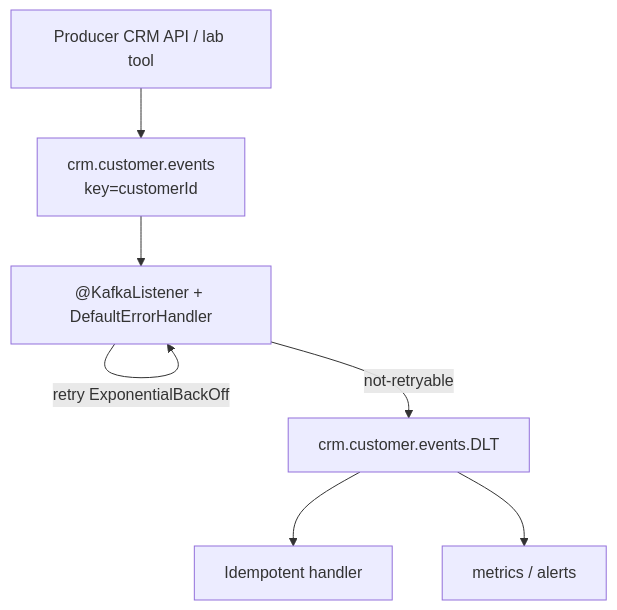
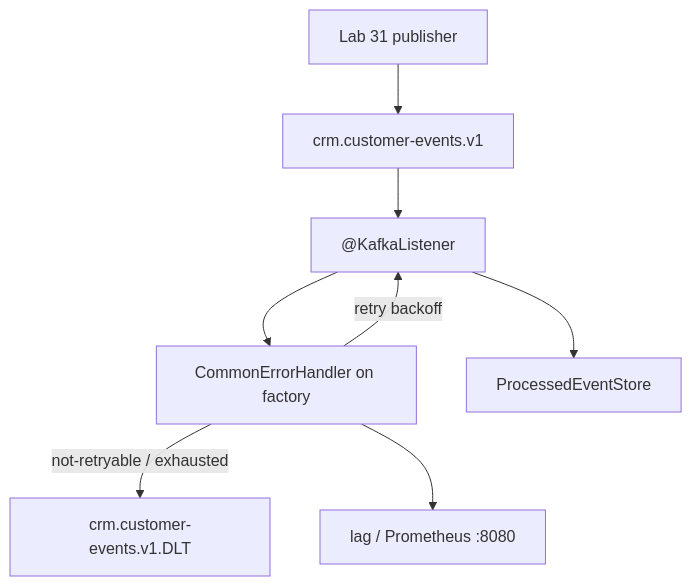
One commit to Innovation-In-Software/bc-sw-engineer-java-participant changed the diagram in labs/Week 5 - DevOps, CI-CD and OpenShift/module-46/lab46/LAB-46-GUIDE.md. Above: the diagram before and after it, drawn with Mermaid. The commit also changed other lines of this file and 20 other files, not shown here.

````diff
--- a/labs/Week 5 - DevOps, CI-CD and OpenShift/module-46/lab46/LAB-46-GUIDE.md
+++ b/labs/Week 5 - DevOps, CI-CD and OpenShift/module-46/lab46/LAB-46-GUIDE.md
@@ -115,9 +153,10 @@
 ```mermaid
 flowchart TB
-  Prod["Producer CRM API / lab tool"] --> Topic["crm.customer.events<br/>key=customerId"]
-  Topic --> L["@KafkaListener + DefaultErrorHandler"]
-  L -->|retry ExponentialBackOff| L
-  L -->|not-retryable| DLT["crm.customer.events.DLT"]
-  DLT --> Idem["Idempotent handler"]
-  DLT --> Obs["metrics / alerts"]
+  Prod["Lab 31 publisher"] --> Topic["crm.customer-events.v1"]
+  Topic --> L["@KafkaListener"]
+  L --> EH["CommonErrorHandler on factory"]
+  EH -->|retry backoff| L
+  EH -->|not-retryable / exhausted| DLT["crm.customer-events.v1.DLT"]
+  L --> Idem["ProcessedEventStore"]
+  EH --> Obs["lag / Prometheus :8080"]
 ```
````
